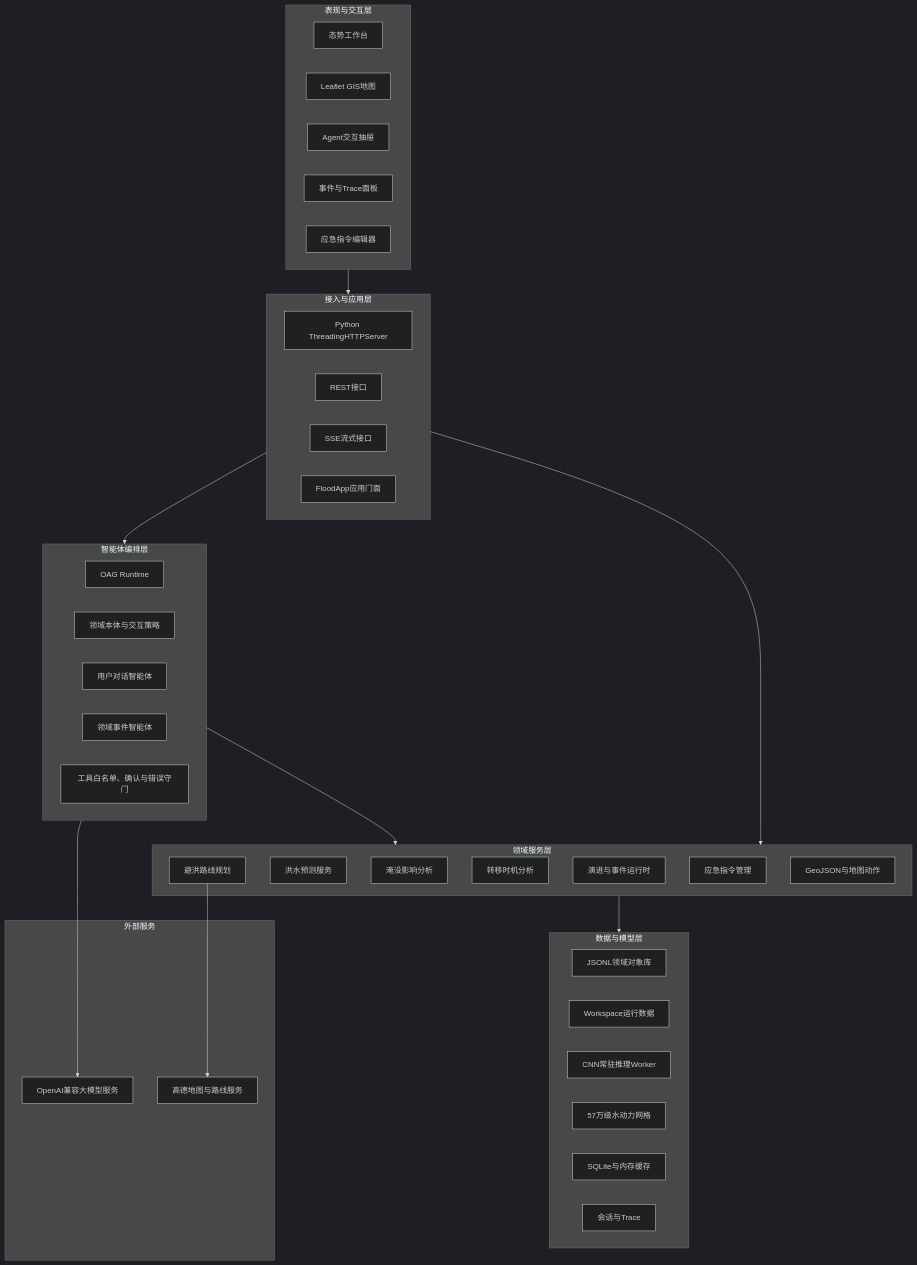
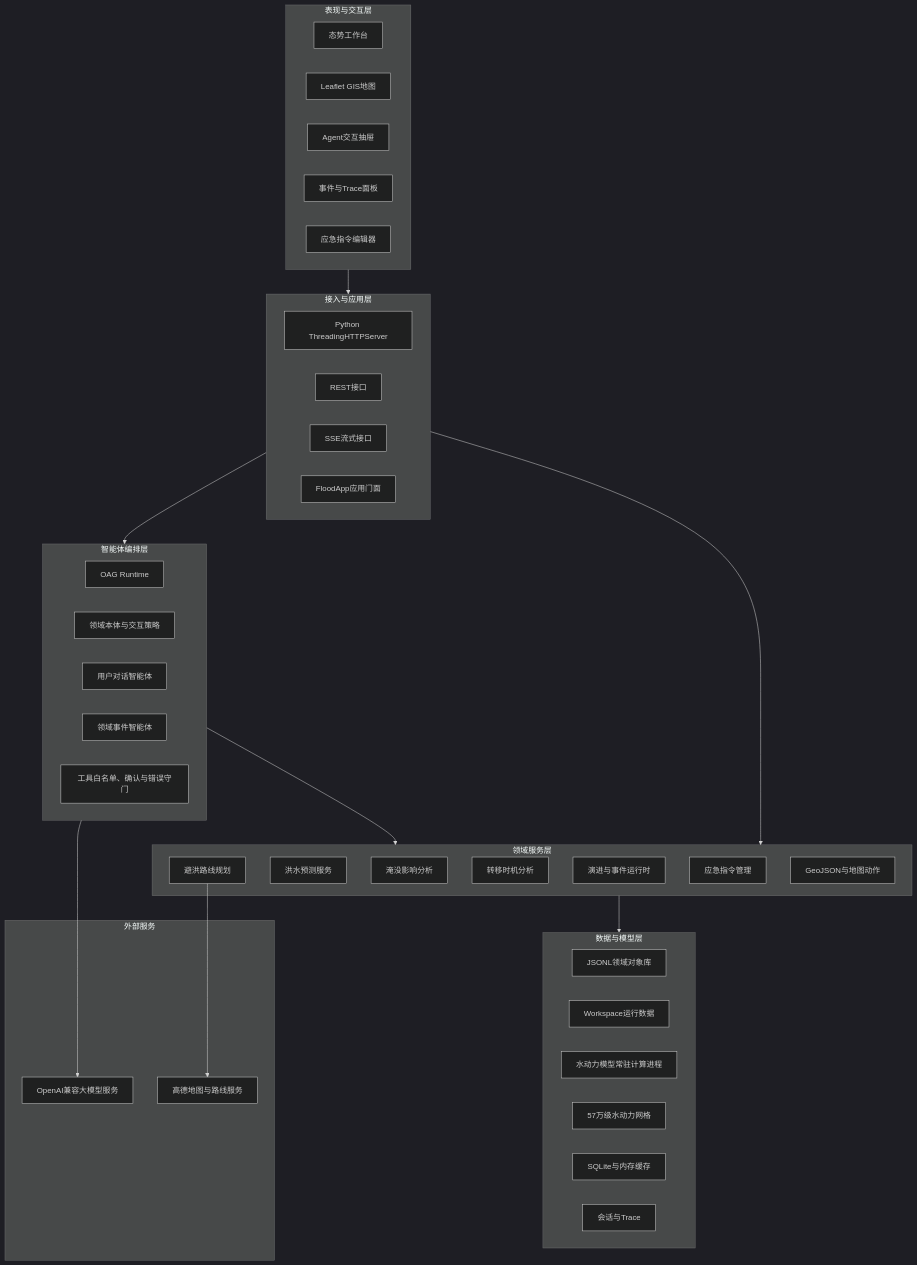
One commit to 9triver/flood changed the third of 3 diagrams in docs/技术方案.md. Above: the diagram before and after it, drawn with Mermaid (dark theme). The commit also changed other lines of this file and 21 other files, not shown here.

````diff
--- a/docs/技术方案.md
+++ b/docs/技术方案.md
@@ -267,57 +267,57 @@
 ```mermaid
 flowchart TB
     subgraph UI[表现与交互层]
         WEB[态势工作台]
         MAP[Leaflet GIS地图]
         CHAT[Agent交互抽屉]
         TRACE[事件与Trace面板]
         DIR[应急指令编辑器]
     end
 
     subgraph API[接入与应用层]
         HTTP[Python ThreadingHTTPServer]
         REST[REST接口]
         SSE[SSE流式接口]
         APP[FloodApp应用门面]
     end
 
     subgraph INTEL[智能体编排层]
         OAG[OAG Runtime]
         ONT[领域本体与交互策略]
         USERAGENT[用户对话智能体]
         EVENTAGENT[领域事件智能体]
         GUARD[工具白名单、确认与错误守门]
     end
 
     subgraph DOMAIN[领域服务层]
         PLAY[演进与事件运行时]
         FORECAST[洪水预测服务]
         IMPACT[淹没影响分析]
         EVAC[转移时机分析]
         ROUTE[避洪路线规划]
         DIRECTIVE[应急指令管理]
         GEO[GeoJSON与地图动作]
     end
 
     subgraph DATA[数据与模型层]
         OBJECTS[JSONL领域对象库]
         WS[Workspace运行数据]
-        CNN[CNN常驻推理Worker]
+        HYDRO[水动力模型常驻计算进程]
         GRID[57万级水动力网格]
         CACHE[SQLite与内存缓存]
         OAGDB[会话与Trace]
     end
 
     subgraph EXTERNAL[外部服务]
         LLM[OpenAI兼容大模型服务]
         AMAP[高德地图与路线服务]
     end
 
     UI --> API
     API --> INTEL
     API --> DOMAIN
     INTEL --> DOMAIN
     DOMAIN --> DATA
     INTEL --> LLM
     ROUTE --> AMAP
 ```
````
